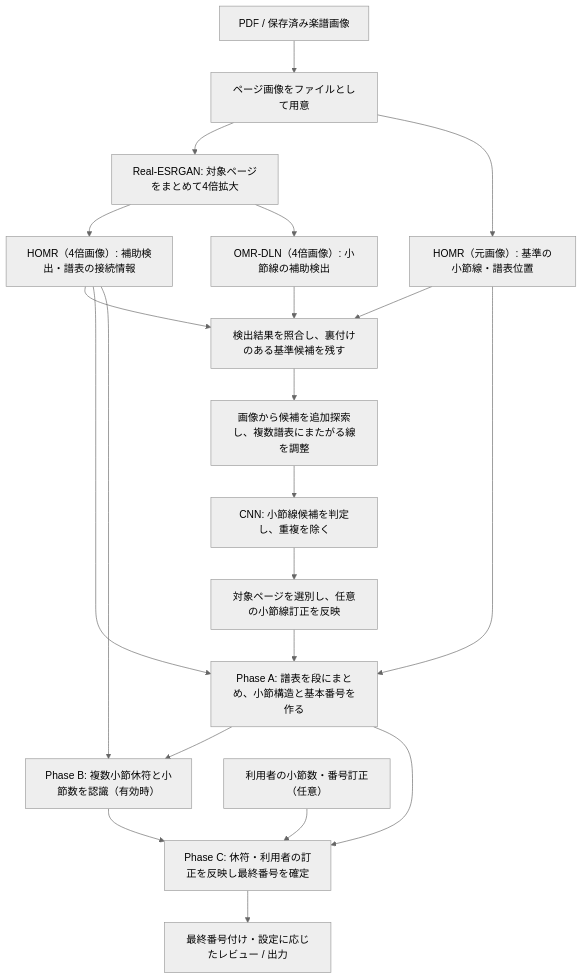
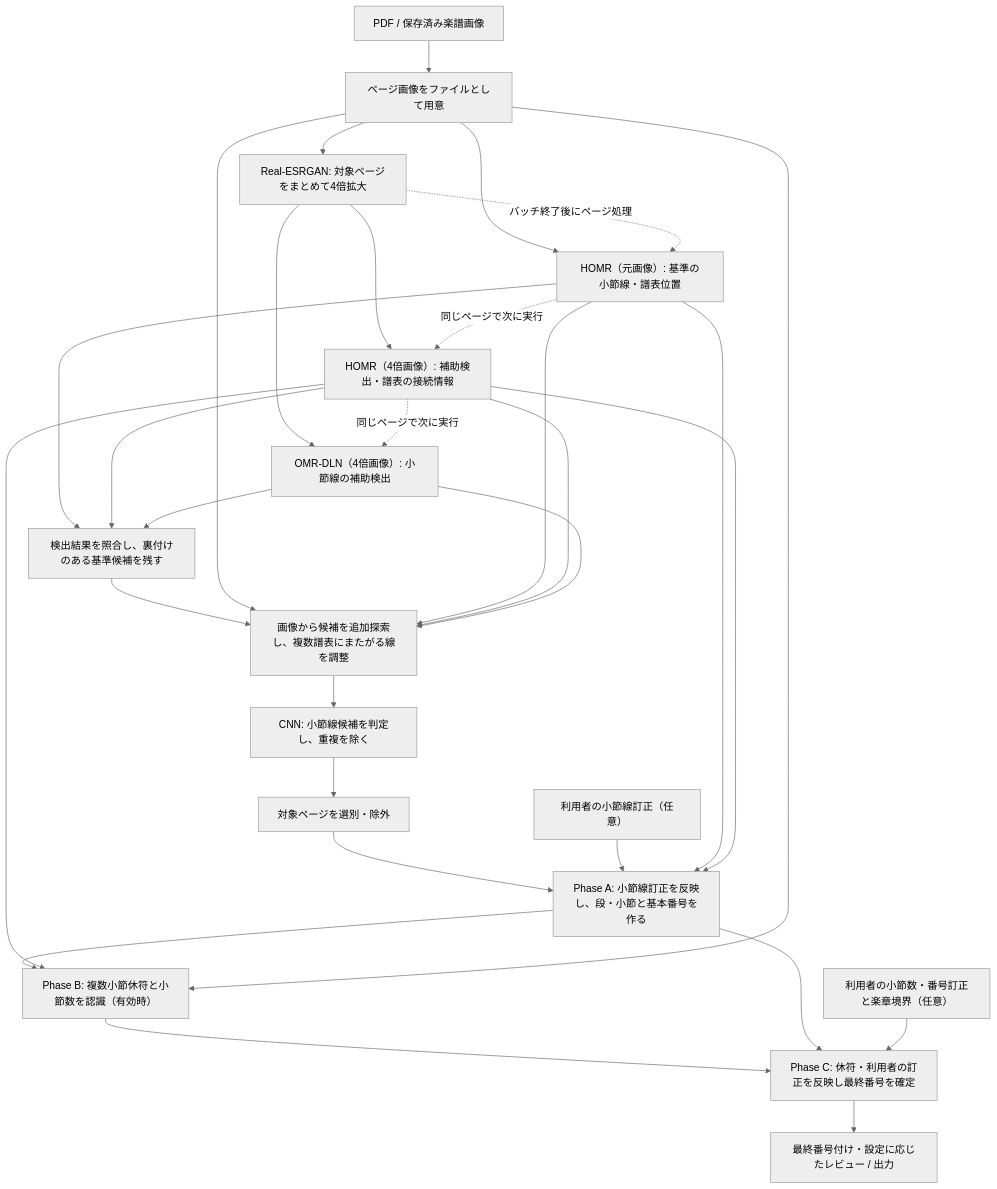
One commit to M763468/PDFScoreBar changed the diagram in docs/PIPELINE_ARCHITECTURE.ja.md. Above: the diagram before and after it, drawn with Mermaid (neutral theme). The commit also changed other lines of this file and 3 other files, not shown here.

Commit message:
docs: validate reader-oriented architecture rewrite

````diff
--- a/docs/PIPELINE_ARCHITECTURE.ja.md
+++ b/docs/PIPELINE_ARCHITECTURE.ja.md
@@ -31,23 +37,32 @@
 ```mermaid
 flowchart TD
   I["PDF / 保存済み楽譜画像"] --> P["ページ画像をファイルとして用意"]
   P --> SR["Real-ESRGAN: 対象ページをまとめて4倍拡大"]
   P --> H1["HOMR（元画像）: 基準の小節線・譜表位置"]
+  SR -. "バッチ終了後にページ処理" .-> H1
   SR --> H2["HOMR（4倍画像）: 補助検出・譜表の接続情報"]
   SR --> OMR["OMR-DLN（4倍画像）: 小節線の補助検出"]
+  H1 -. "同じページで次に実行" .-> H2
+  H2 -. "同じページで次に実行" .-> OMR
   H1 --> HC["検出結果を照合し、裏付けのある基準候補を残す"]
   H2 --> HC
   OMR --> HC
   HC --> PR["画像から候補を追加探索し、複数譜表にまたがる線を調整"]
+  P --> PR
+  H1 --> PR
+  H2 --> PR
+  OMR --> PR
   PR --> CNN["CNN: 小節線候補を判定し、重複を除く"]
-  CNN --> F["対象ページを選別し、任意の小節線訂正を反映"]
-  F --> A["Phase A: 譜表を段にまとめ、小節構造と基本番号を作る"]
+  CNN --> F["対象ページを選別・除外"]
+  F --> A["Phase A: 小節線訂正を反映し、段・小節と基本番号を作る"]
+  UB["利用者の小節線訂正（任意）"] --> A
   H1 --> A
   H2 --> A
   A --> B["Phase B: 複数小節休符と小節数を認識（有効時）"]
   H2 --> B
+  P --> B
   B --> C["Phase C: 休符・利用者の訂正を反映し最終番号を確定"]
   A --> C
-  U["利用者の小節数・番号訂正（任意）"] --> C
+  U["利用者の小節数・番号訂正と楽章境界（任意）"] --> C
   C --> O["最終番号付け・設定に応じたレビュー / 出力"]
 ```
````
